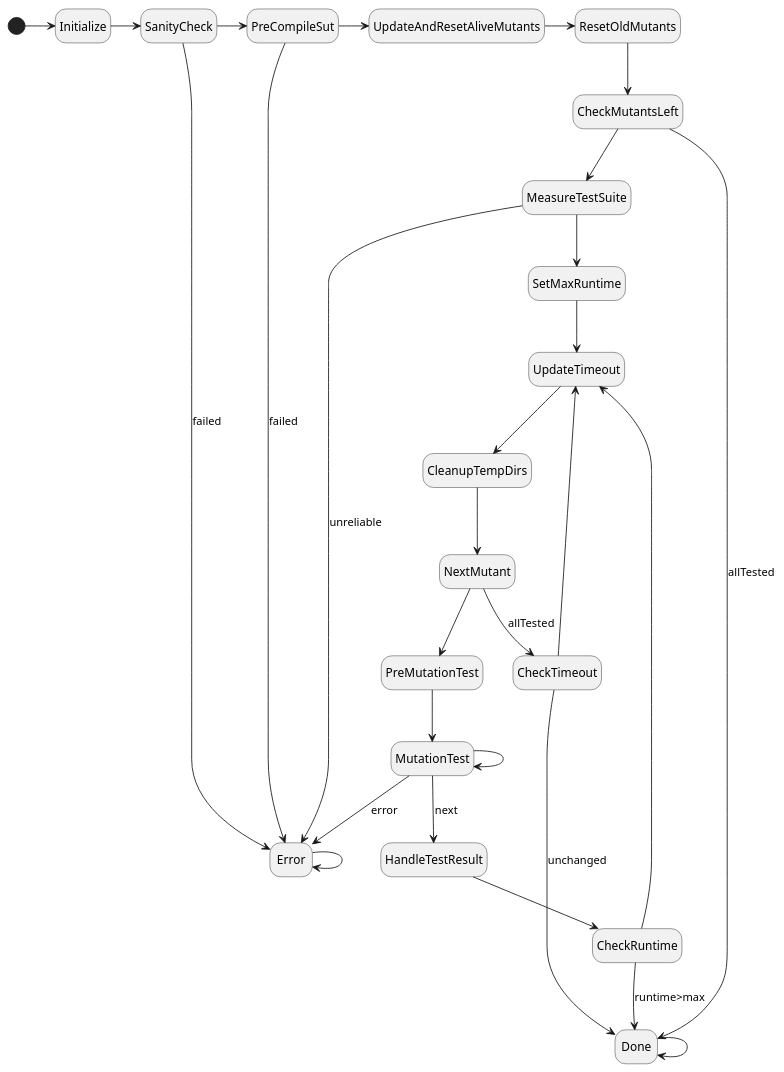
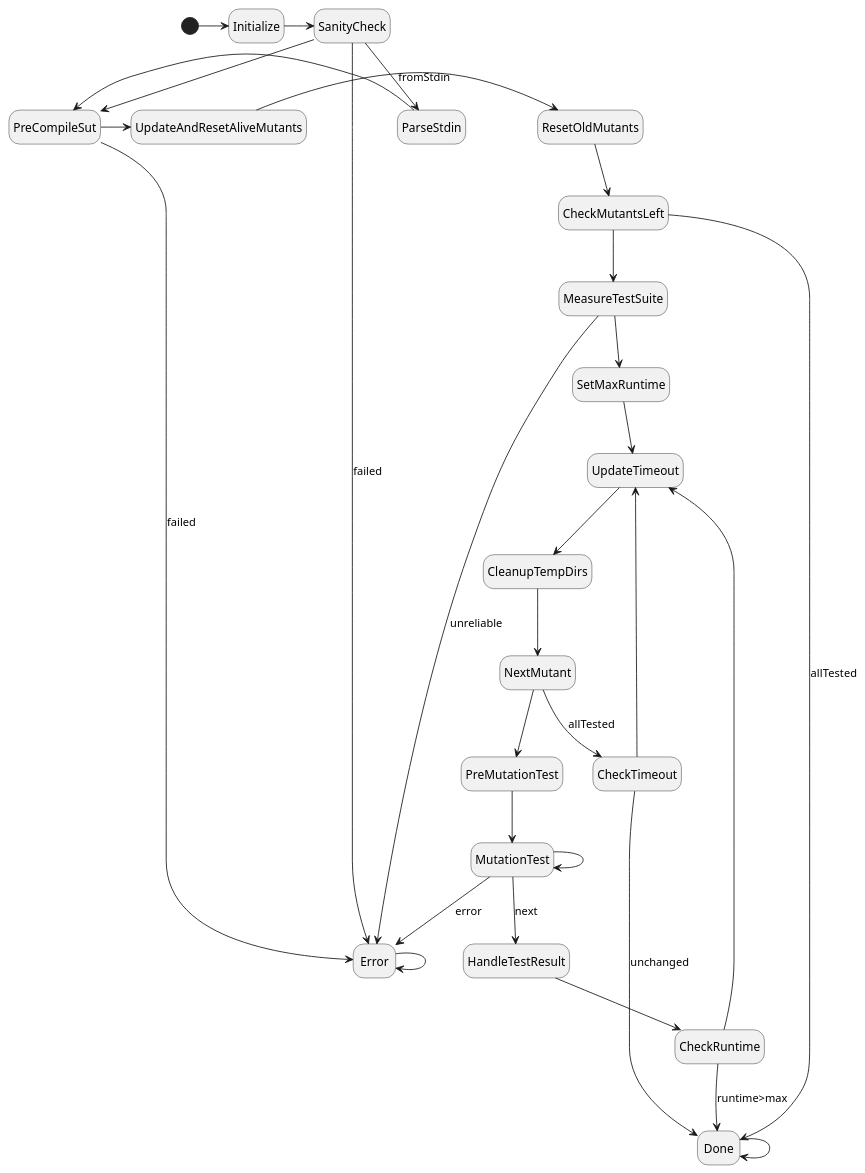
Before and after one commit to joakim-brannstrom/dextool: the diagram in plugin/mutate/doc/design/figures/test_mutant_fsm.pu, drawn with PlantUML. The commit also changed 2 other files, not shown here.

```diff
--- a/plugin/mutate/doc/design/figures/test_mutant_fsm.pu
+++ b/plugin/mutate/doc/design/figures/test_mutant_fsm.pu
@@ -1,50 +1,53 @@
 @startuml
 hide empty description
 
 [*] -> Initialize
 
 Initialize -> SanityCheck
 
 SanityCheck --> Error : failed
+SanityCheck --> ParseStdin : fromStdin
 SanityCheck -> PreCompileSut
+
+ParseStdin -> PreCompileSut
 
 PreCompileSut --> Error : failed
 PreCompileSut -> UpdateAndResetAliveMutants
 
 UpdateAndResetAliveMutants -> ResetOldMutants
 
 ResetOldMutants --> CheckMutantsLeft
 
 UpdateTimeout --> CleanupTempDirs
 
 CleanupTempDirs --> NextMutant
 
 CheckMutantsLeft --> Done : allTested
 CheckMutantsLeft --> MeasureTestSuite
 
 MeasureTestSuite --> Error : unreliable
 MeasureTestSuite --> SetMaxRuntime
 
 SetMaxRuntime --> UpdateTimeout
 
 CheckRuntime --> UpdateTimeout
 CheckRuntime --> Done : runtime>max
 
 NextMutant --> CheckTimeout : allTested
 NextMutant --> PreMutationTest
 
 PreMutationTest --> MutationTest
 
 MutationTest --> HandleTestResult : next
 MutationTest --> Error : error
 MutationTest --> MutationTest
 
 HandleTestResult --> CheckRuntime
 
 CheckTimeout --> Done : unchanged
 CheckTimeout --> UpdateTimeout
 
 Done --> Done
 
 Error --> Error
 @enduml
```
